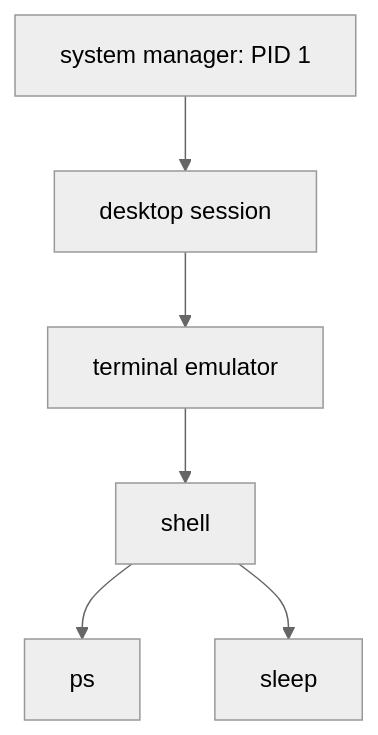
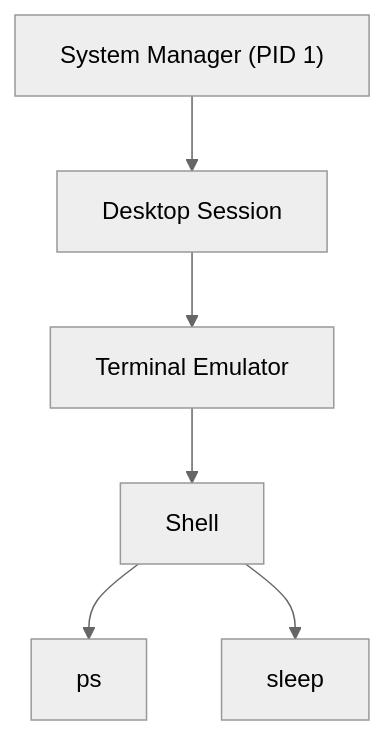
One commit to yul1ux/linux-containers-under-the-hood changed the first of 5 diagrams in docs/part-01-fundamentals/chapter-02-linux-processes-and-system-calls.md. Above: the diagram before and after it, drawn with Mermaid (neutral theme). The commit also changed other lines of this file, not shown here.

First line of the commit message:
docs: revise Chapter 02 readability and diagrams

````diff
--- a/docs/part-01-fundamentals/chapter-02-linux-processes-and-system-calls.md
+++ b/docs/part-01-fundamentals/chapter-02-linux-processes-and-system-calls.md
@@ -96,9 +103,8 @@
 ```mermaid
 flowchart TD
-    I[system manager: PID 1]
-    I --> D[desktop session]
-    D --> T[terminal emulator]
-    T --> SH[shell]
-    SH --> PS[ps]
-    SH --> SL[sleep]
+    A["System Manager (PID 1)"] --> B["Desktop Session"]
+    B --> C["Terminal Emulator"]
+    C --> D["Shell"]
+    D --> E["ps"]
+    D --> F["sleep"]
 ```
````
